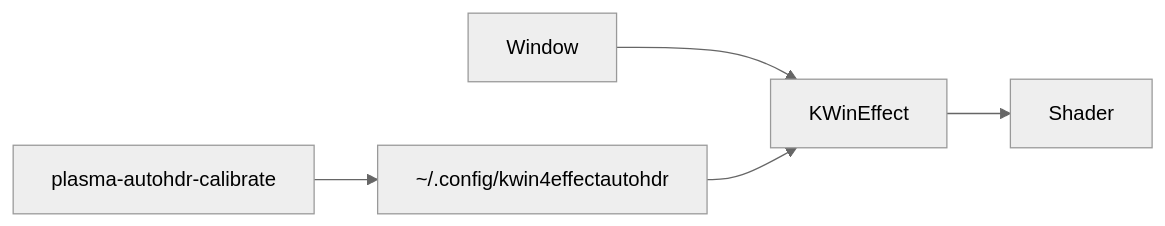
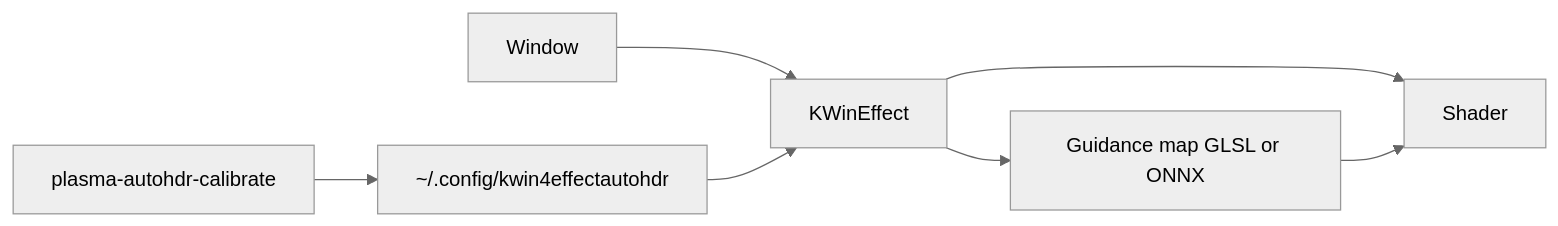
One commit to LewisTansley/PlasmaAutoHDR changed the diagram in README.md. Above: the diagram before and after it, drawn with Mermaid (neutral theme). The commit also changed other lines of this file and 32 other files, not shown here.

````diff
--- a/README.md
+++ b/README.md
@@ -9,7 +11,9 @@
 ```mermaid
 flowchart LR
     Window --> KWinEffect
     KWinEffect --> Shader
+    KWinEffect --> Guidance["Guidance map GLSL or ONNX"]
+    Guidance --> Shader
     ConfigFile["~/.config/kwin4effectautohdr"] --> KWinEffect
     CalibrateUI["plasma-autohdr-calibrate"] --> ConfigFile
 ```
````
